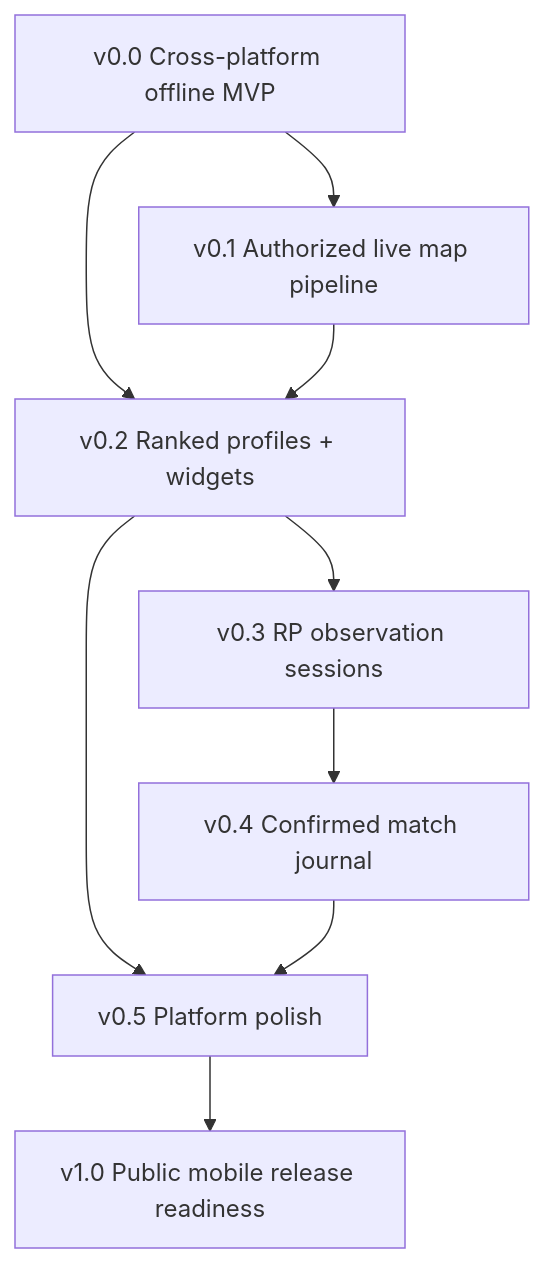
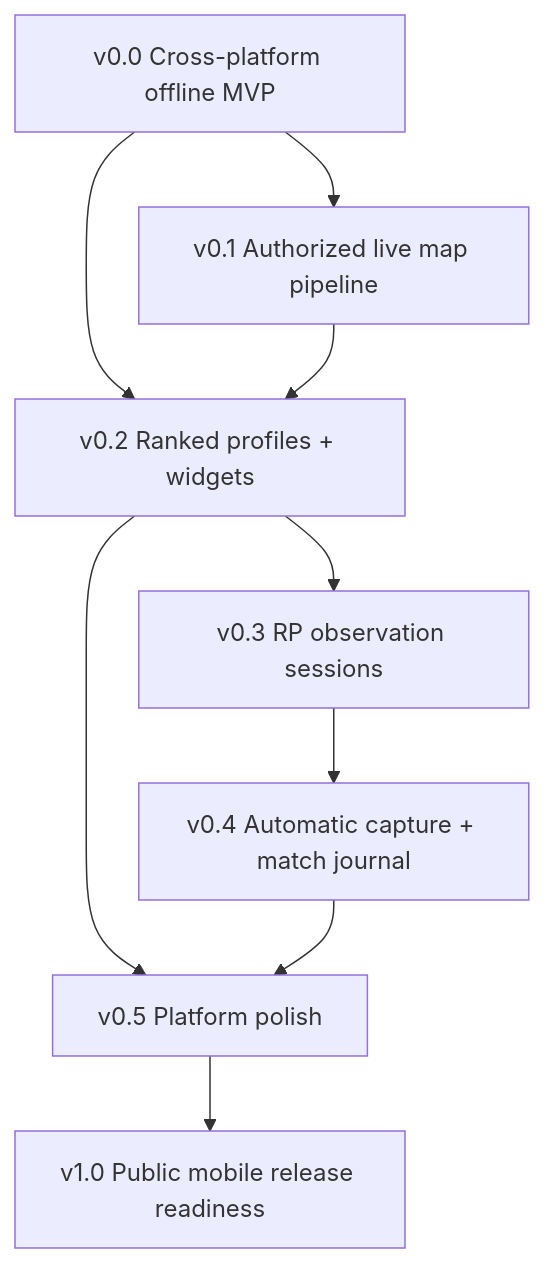
One commit to szymon-bonkowski/apex-companion changed the diagram in docs/ROADMAP.md. Above: the diagram before and after it, drawn with Mermaid. The commit also changed other lines of this file and 141 other files, not shown here.

Commit message:
wip: implement v0.4 match journal and capture prototype

````diff
--- a/docs/ROADMAP.md
+++ b/docs/ROADMAP.md
@@ -7,11 +7,11 @@
 ```mermaid
 flowchart TD
   A[v0.0 Cross-platform offline MVP] --> B[v0.1 Authorized live map pipeline]
   A --> C[v0.2 Ranked profiles + widgets]
   B --> C
   C --> D[v0.3 RP observation sessions]
-  D --> E[v0.4 Confirmed match journal]
+  D --> E[v0.4 Automatic capture + match journal]
   C --> F[v0.5 Platform polish]
   E --> F
   F --> G[v1.0 Public mobile release readiness]
 ```
````
